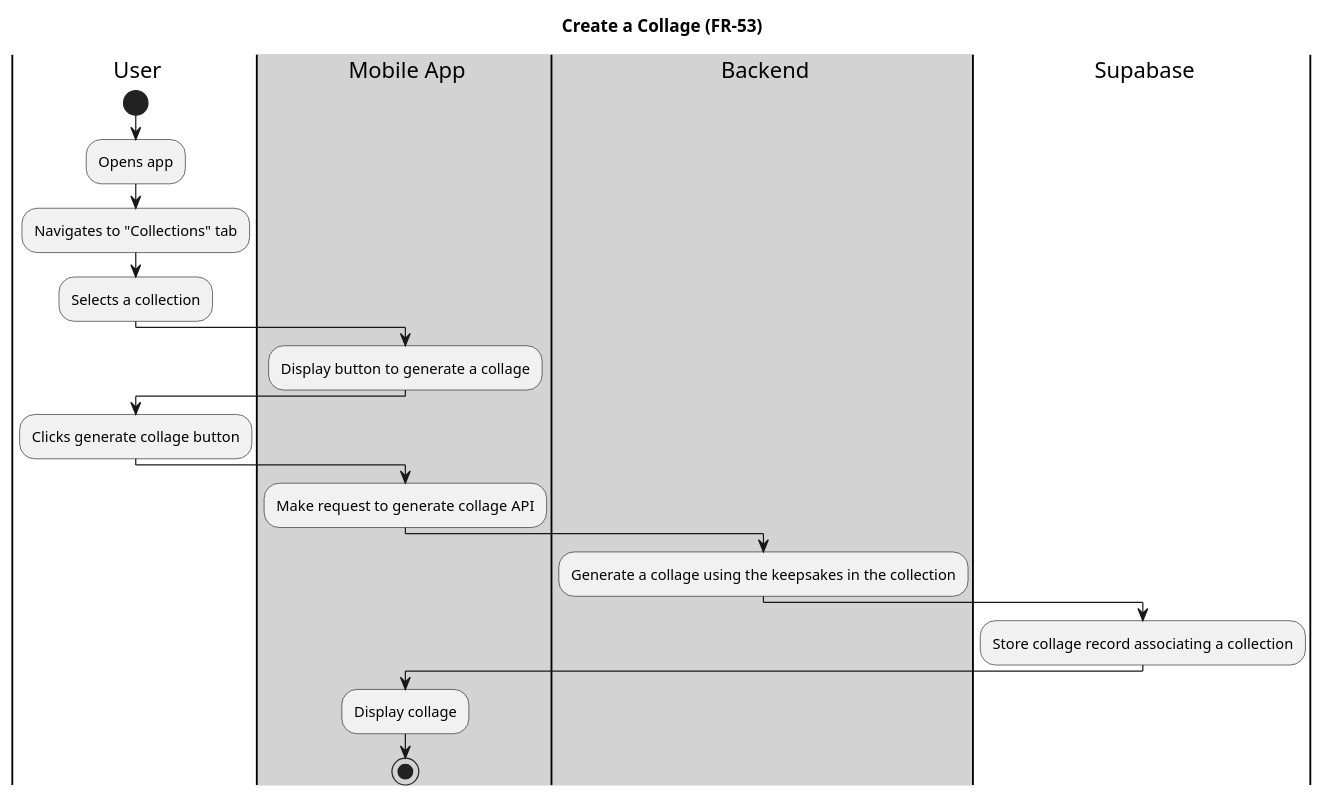
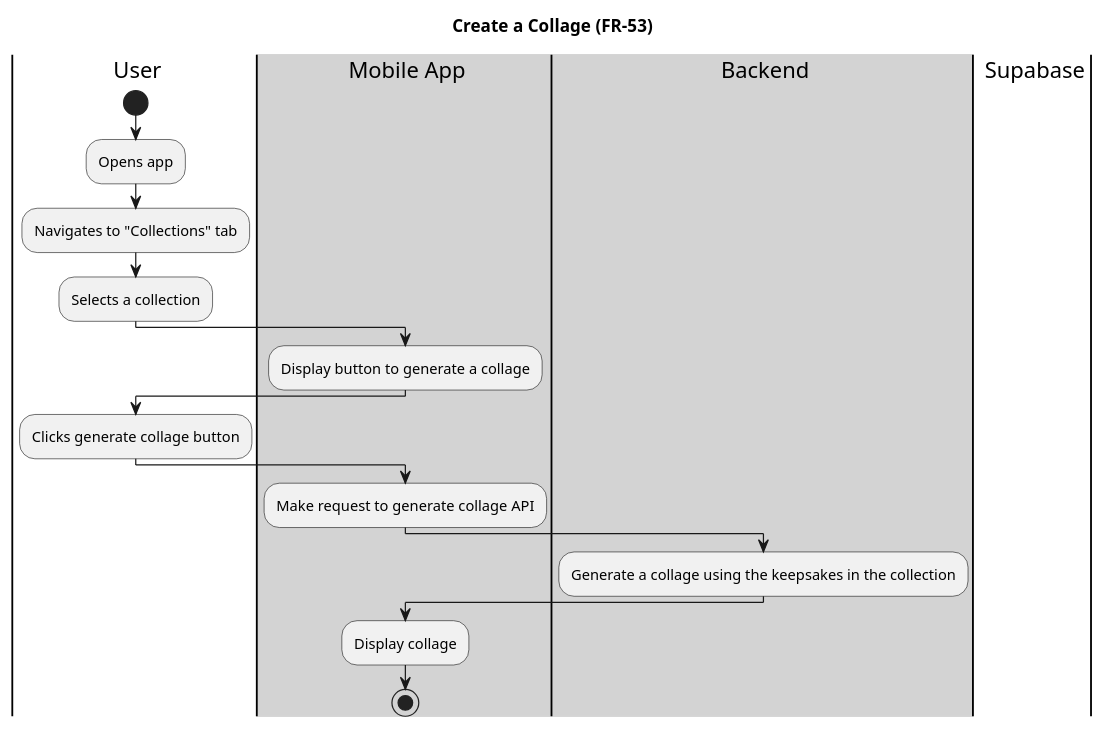
Before and after one commit to owencooke/memento: the diagram in docs/activity/collage-creation.puml, drawn with PlantUML.

Commit message:
Remove DB from collage activity

```diff
--- a/docs/activity/collage-creation.puml
+++ b/docs/activity/collage-creation.puml
@@ -1,34 +1,31 @@
 @startuml
 title Create a Collage (FR-53)
 
 |user| User
 |#lightgray|mobile| Mobile App
 |#lightgray|backend| Backend
 |db| Supabase
 
 |user|
 start
 :Opens app;
 :Navigates to "Collections" tab;
 :Selects a collection;
 
 |mobile|
 :Display button to generate a collage;
 
 |user|
 :Clicks generate collage button;
 
 |mobile|
 :Make request to generate collage API;
 
 |backend|
 :Generate a collage using the keepsakes in the collection;
 
-|db|
-:Store collage record associating a collection;
-
 |mobile|
 :Display collage;
 
 stop
 @enduml
```
